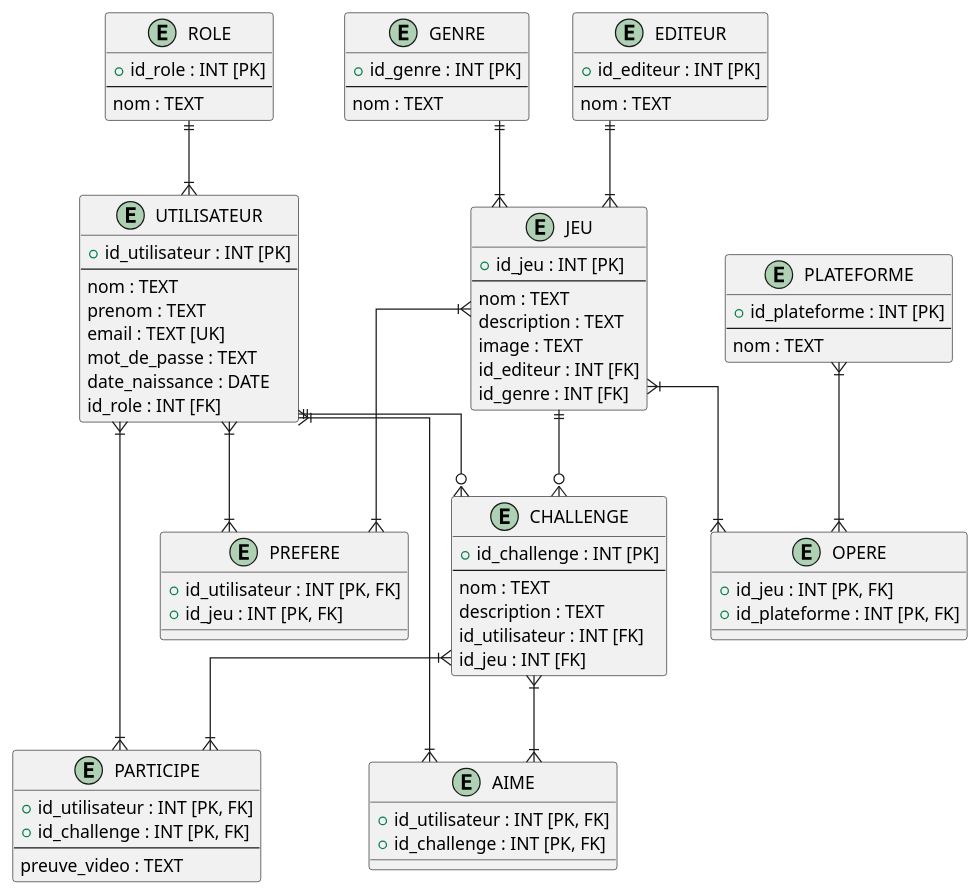
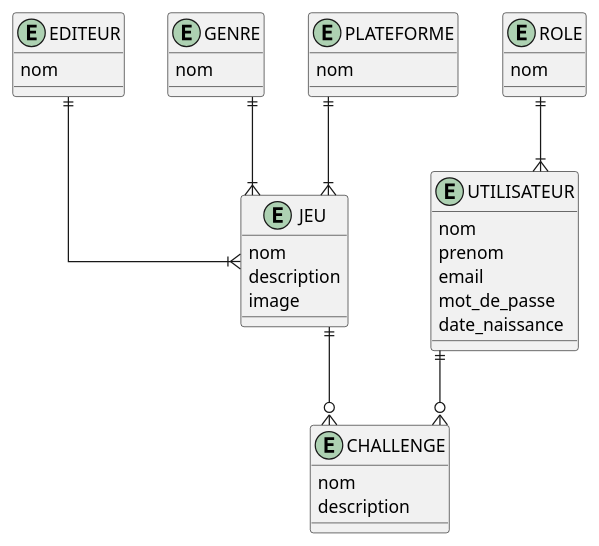
One commit to lesliebigot/game-challenge-platform changed the diagram in Conception/ERD/ERD.puml. Above: the diagram before and after it, drawn with PlantUML. The commit also changed 13 other files, not shown here.

Commit message:
FIX : diag sequence + MLD + arborescence

```diff
--- a/Conception/ERD/ERD.puml
+++ b/Conception/ERD/ERD.puml
@@ -1,97 +1,46 @@
 @startuml
 skinparam linetype ortho
 
 entity UTILISATEUR {
-  + id_utilisateur : INT [PK]
-  --
-  nom : TEXT
-  prenom : TEXT
-  email : TEXT [UK]
-  mot_de_passe : TEXT
-  date_naissance : DATE
-  id_role : INT [FK]
+  nom 
+  prenom 
+  email 
+  mot_de_passe 
+  date_naissance 
 }
 
 entity CHALLENGE {
-  + id_challenge : INT [PK]
-  --
-  nom : TEXT
-  description : TEXT
-  id_utilisateur : INT [FK]
-  id_jeu : INT [FK]
+  nom 
+  description
 }
 
 entity JEU {
-  + id_jeu : INT [PK]
-  --
-  nom : TEXT
-  description : TEXT
-  image : TEXT
-  id_editeur : INT [FK]
-  id_genre : INT [FK]
+  nom
+  description
+  image 
 }
 
 entity EDITEUR {
-  + id_editeur : INT [PK]
-  --
-  nom : TEXT
+  nom
 }
 
 entity GENRE {
-  + id_genre : INT [PK]
-  --
-  nom : TEXT
+  nom
 }
 
 entity PLATEFORME {
-  + id_plateforme : INT [PK]
-  --
-  nom : TEXT
+  nom
 }
 
 entity ROLE {
-  + id_role : INT [PK]
-  --
-  nom : TEXT
+  nom
 }
 
-entity PARTICIPE {
-  + id_utilisateur : INT [PK, FK]
-  + id_challenge : INT [PK, FK]
-  --
-  preuve_video : TEXT
-}
-
-entity AIME {
-  + id_utilisateur : INT [PK, FK]
-  + id_challenge : INT [PK, FK]
-}
-
-entity PREFERE {
-  + id_utilisateur : INT [PK, FK]
-  + id_jeu : INT [PK, FK]
-}
-
-entity OPERE {
-  + id_jeu : INT [PK, FK]
-  + id_plateforme : INT [PK, FK]
-}
 
 UTILISATEUR ||--o{ CHALLENGE
 JEU ||--o{ CHALLENGE
 EDITEUR ||--|{ JEU
 GENRE ||--|{ JEU
+PLATEFORME ||--|{ JEU
 ROLE ||--|{ UTILISATEUR
-
-UTILISATEUR }|--|{ PARTICIPE
-CHALLENGE }|--|{ PARTICIPE
-
-UTILISATEUR }|--|{ AIME
-CHALLENGE }|--|{ AIME
-
-UTILISATEUR }|--|{ PREFERE
-JEU }|--|{ PREFERE
-
-JEU }|--|{ OPERE
-PLATEFORME }|--|{ OPERE
 @enduml
```
